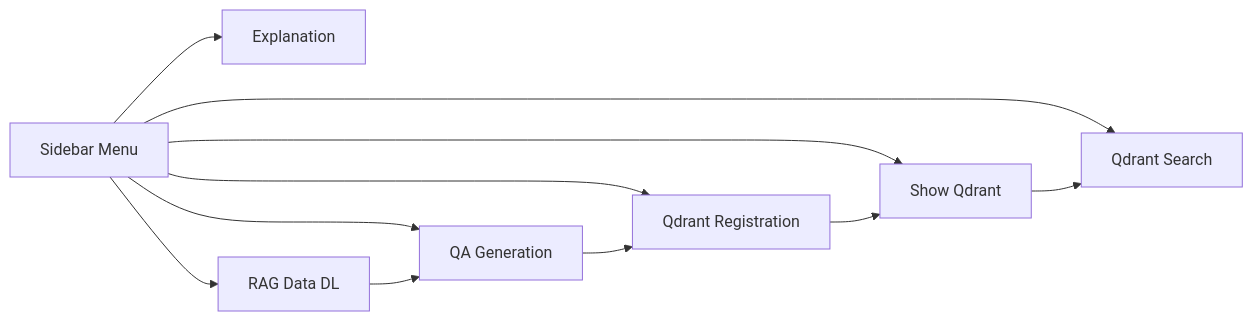
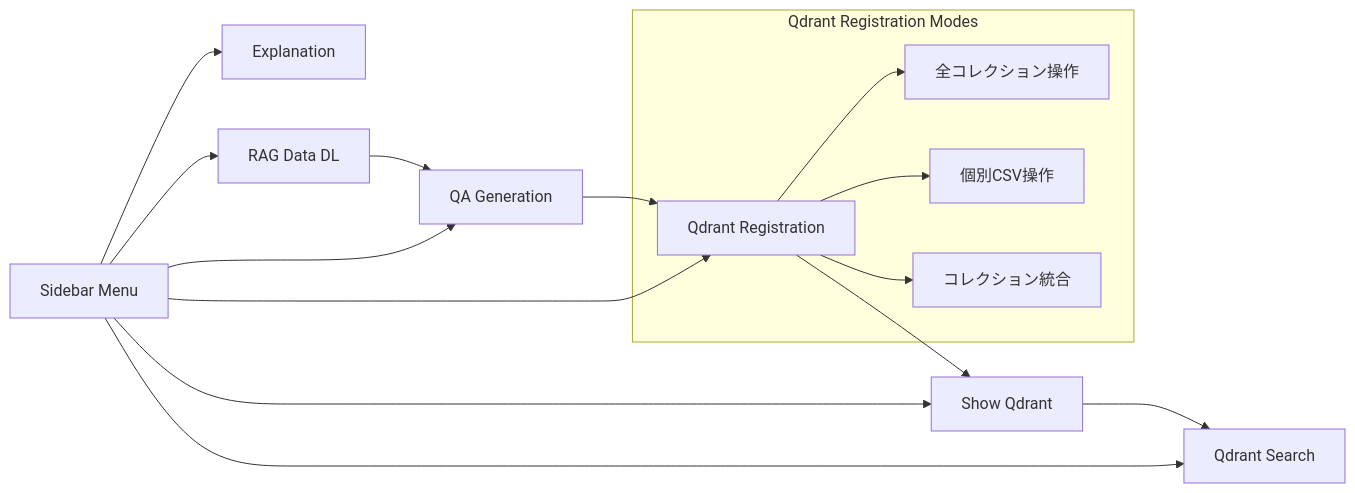
One commit to nakashima2toshio/openai_rag_qa_jp changed the fourth of 11 diagrams in doc/rag_qa_pair_qdrant.md. Above: the diagram before and after it, drawn with Mermaid. The commit also changed other lines of this file and 13 other files, not shown here.

````diff
--- a/doc/rag_qa_pair_qdrant.md
+++ b/doc/rag_qa_pair_qdrant.md
@@ -466,14 +526,20 @@
 ```mermaid
 graph LR
     A[Sidebar Menu] --> B[Explanation]
     A --> C[RAG Data DL]
     A --> D[QA Generation]
     A --> E[Qdrant Registration]
     A --> F[Show Qdrant]
     A --> G[Qdrant Search]
 
     C --> D
     D --> E
     E --> F
     F --> G
+
+    subgraph Qdrant Registration Modes
+        E --> E1[全コレクション操作]
+        E --> E2[個別CSV操作]
+        E --> E3[コレクション統合]
+    end
 ```
````
